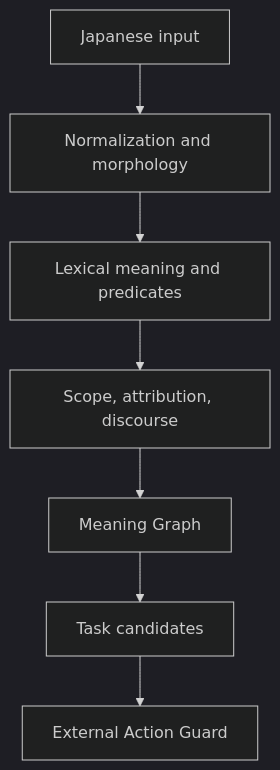
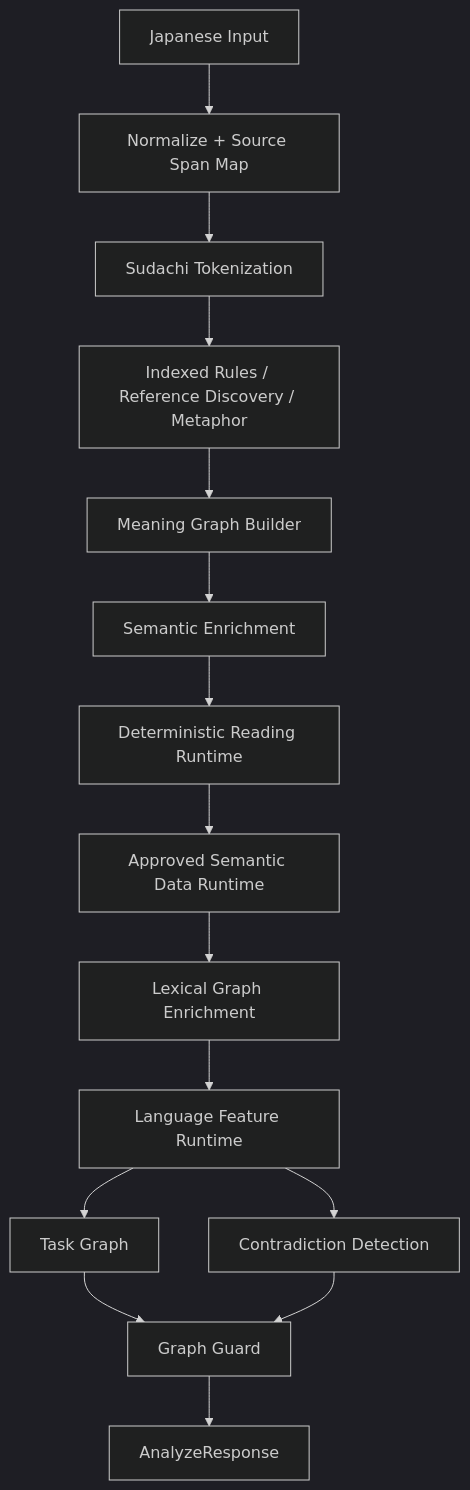
Before and after one commit to seigo-gace/Deterministic-Japanese-Parser-MCP: the second of 2 diagrams in README_EN.md, drawn with Mermaid (dark theme). The commit also changed other lines of this file, not shown here.

````diff
--- a/README_EN.md
+++ b/README_EN.md
@@ -159,9 +142,17 @@
 ```mermaid
 flowchart TD
-    A["Japanese input"] --> B["Normalization and morphology"]
-    B --> C["Lexical meaning and predicates"]
-    C --> D["Scope, attribution, discourse"]
-    D --> E["Meaning Graph"]
-    E --> F["Task candidates"]
-    F --> G["External Action Guard"]
+    A[Japanese Input] --> B[Normalize + Source Span Map]
+    B --> C[Sudachi Tokenization]
+    C --> D[Indexed Rules / Reference Discovery / Metaphor]
+    D --> E[Meaning Graph Builder]
+    E --> F[Semantic Enrichment]
+    F --> G[Deterministic Reading Runtime]
+    G --> H[Approved Semantic Data Runtime]
+    H --> I[Lexical Graph Enrichment]
+    I --> J[Language Feature Runtime]
+    J --> K[Task Graph]
+    J --> L[Contradiction Detection]
+    K --> M[Graph Guard]
+    L --> M
+    M --> N[AnalyzeResponse]
 ```
````
